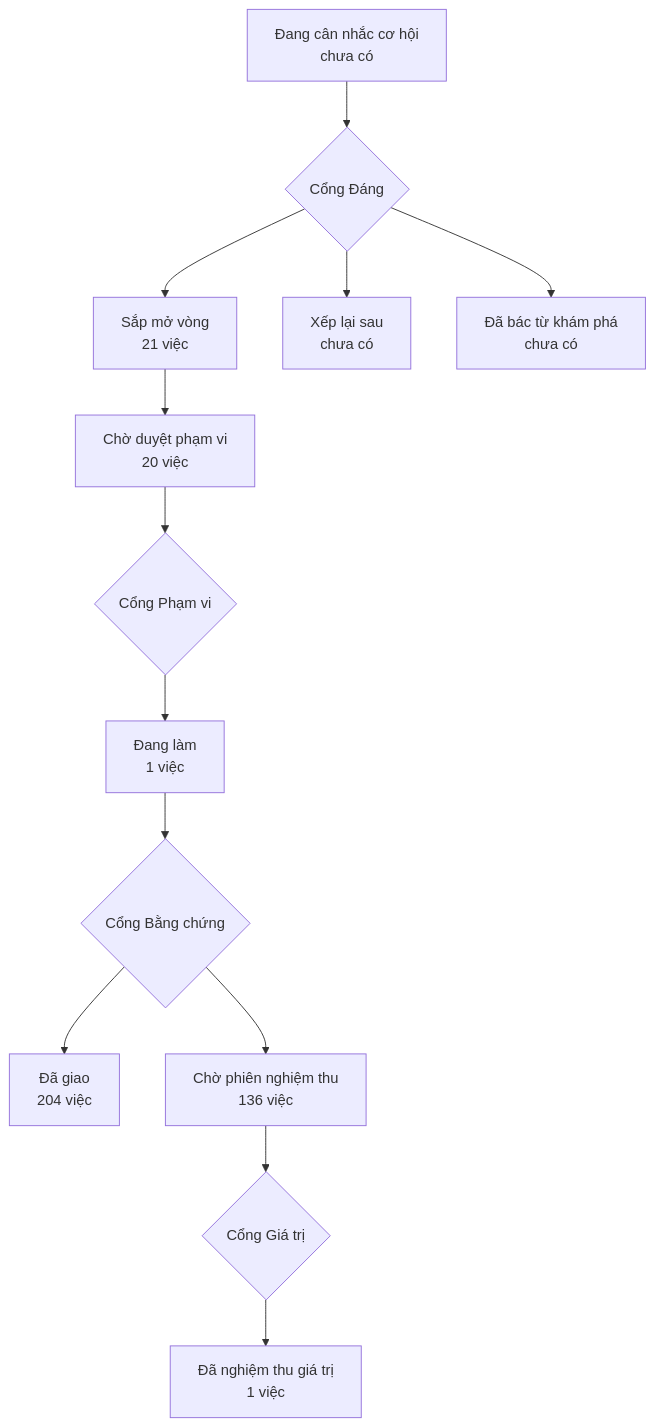
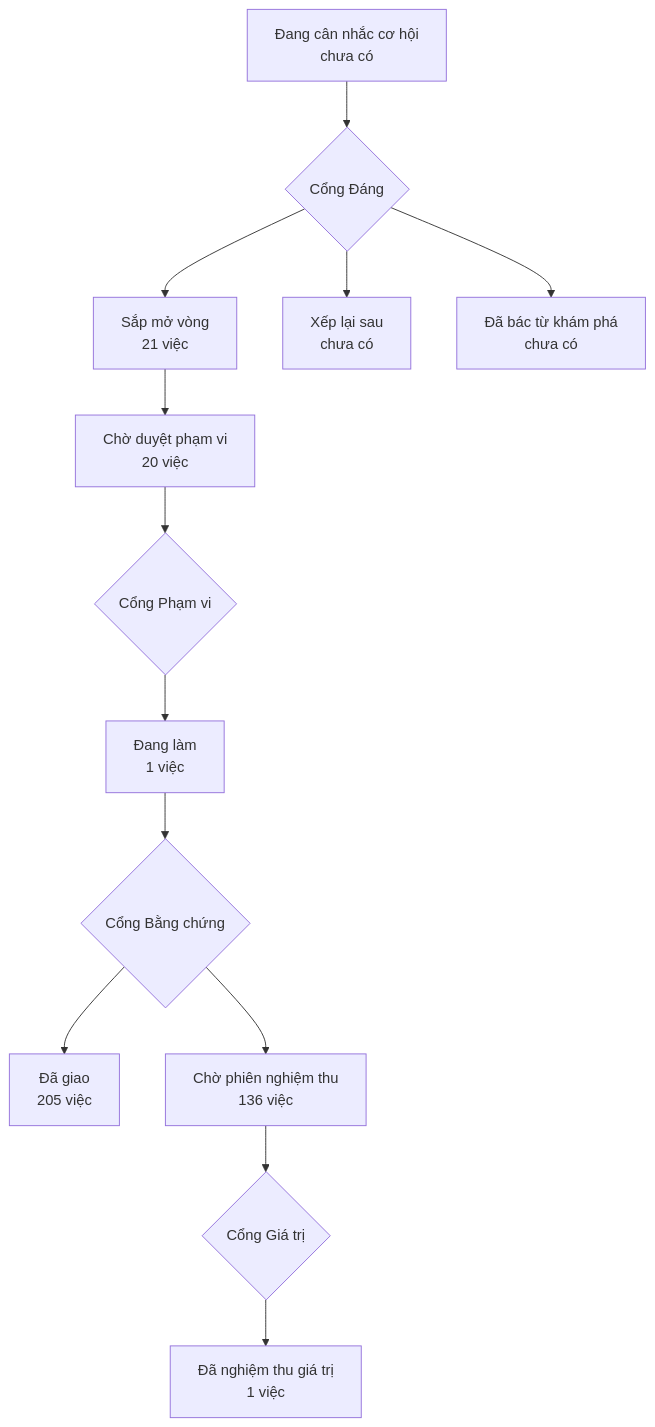
One commit to phanlemanh/onehub-invest changed the diagram in PRODUCT-MAP.md. Above: the diagram before and after it, drawn with Mermaid. The commit also changed other lines of this file and 1 other file, not shown here.

Commit message:
chore: vẽ lại bản đồ sau khi nhận main

````diff
--- a/PRODUCT-MAP.md
+++ b/PRODUCT-MAP.md
@@ -7,12 +7,12 @@
 ```mermaid
 flowchart TD
   A["Đang cân nhắc cơ hội<br/>chưa có"] --> GD{"Cổng Đáng"}
   GD --> B["Sắp mở vòng<br/>21 việc"]
   GD --> XL["Xếp lại sau<br/>chưa có"]
   GD --> DB["Đã bác từ khám phá<br/>chưa có"]
   B --> CD["Chờ duyệt phạm vi<br/>20 việc"] --> GP{"Cổng Phạm vi"}
   GP --> DL["Đang làm<br/>1 việc"] --> GB{"Cổng Bằng chứng"}
-  GB --> DG["Đã giao<br/>204 việc"]
+  GB --> DG["Đã giao<br/>205 việc"]
   GB --> CN["Chờ phiên nghiệm thu<br/>136 việc"] --> GG{"Cổng Giá trị"}
   GG --> NT["Đã nghiệm thu giá trị<br/>1 việc"]
 ```
````
